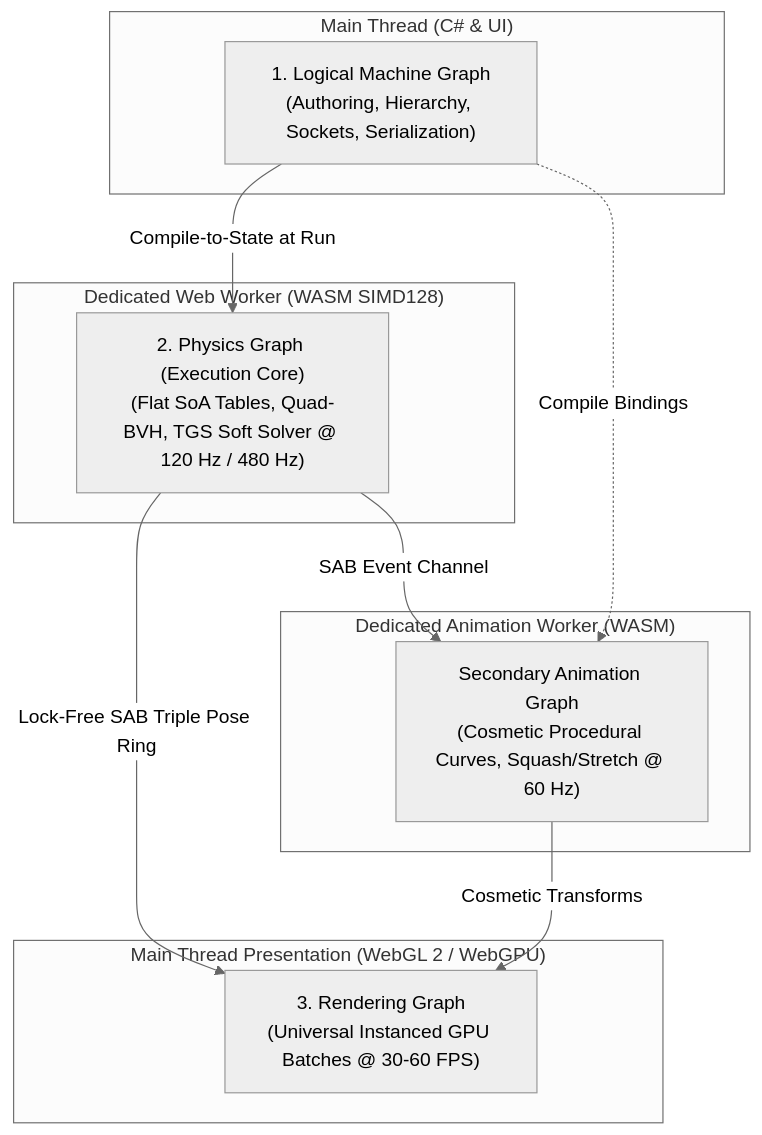
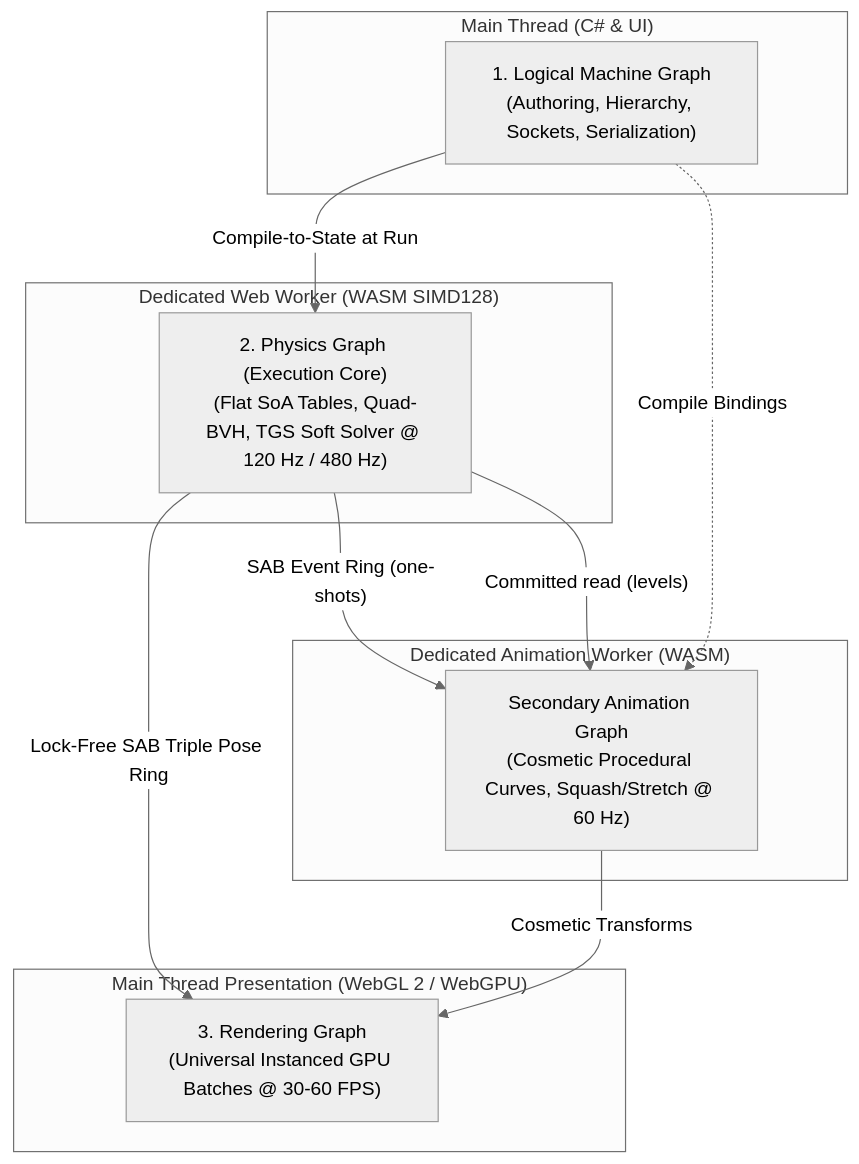
The diagram in _bmad-output/planning-artifacts/architecture.md (aidanmorgan/tim), drawn with Mermaid (neutral theme) before and after one commit. The commit also changed other lines of this file and 11 other files, not shown here.

````diff
--- a/_bmad-output/planning-artifacts/architecture.md
+++ b/_bmad-output/planning-artifacts/architecture.md
@@ -33,24 +34,25 @@
 ```mermaid
 flowchart TD
     subgraph UI ["Main Thread (C# & UI)"]
         MG["1. Logical Machine Graph<br/>(Authoring, Hierarchy, Sockets, Serialization)"]
     end
 
     subgraph WORKER_SIM ["Dedicated Web Worker (WASM SIMD128)"]
         PG["2. Physics Graph (Execution Core)<br/>(Flat SoA Tables, Quad-BVH, TGS Soft Solver @ 120 Hz / 480 Hz)"]
     end
 
     subgraph WORKER_ANIM ["Dedicated Animation Worker (WASM)"]
         AG["Secondary Animation Graph<br/>(Cosmetic Procedural Curves, Squash/Stretch @ 60 Hz)"]
     end
 
     subgraph PRESENTATION ["Main Thread Presentation (WebGL 2 / WebGPU)"]
         RG["3. Rendering Graph<br/>(Universal Instanced GPU Batches @ 30-60 FPS)"]
     end
 
     MG -->|"Compile-to-State at Run"| PG
     MG -.->|"Compile Bindings"| AG
     PG -->|"Lock-Free SAB Triple Pose Ring"| RG
-    PG -->|"SAB Event Channel"| AG
+    PG -->|"SAB Event Ring (one-shots)"| AG
+    PG -->|"Committed read (levels)"| AG
     AG -->|"Cosmetic Transforms"| RG
 ```
````
